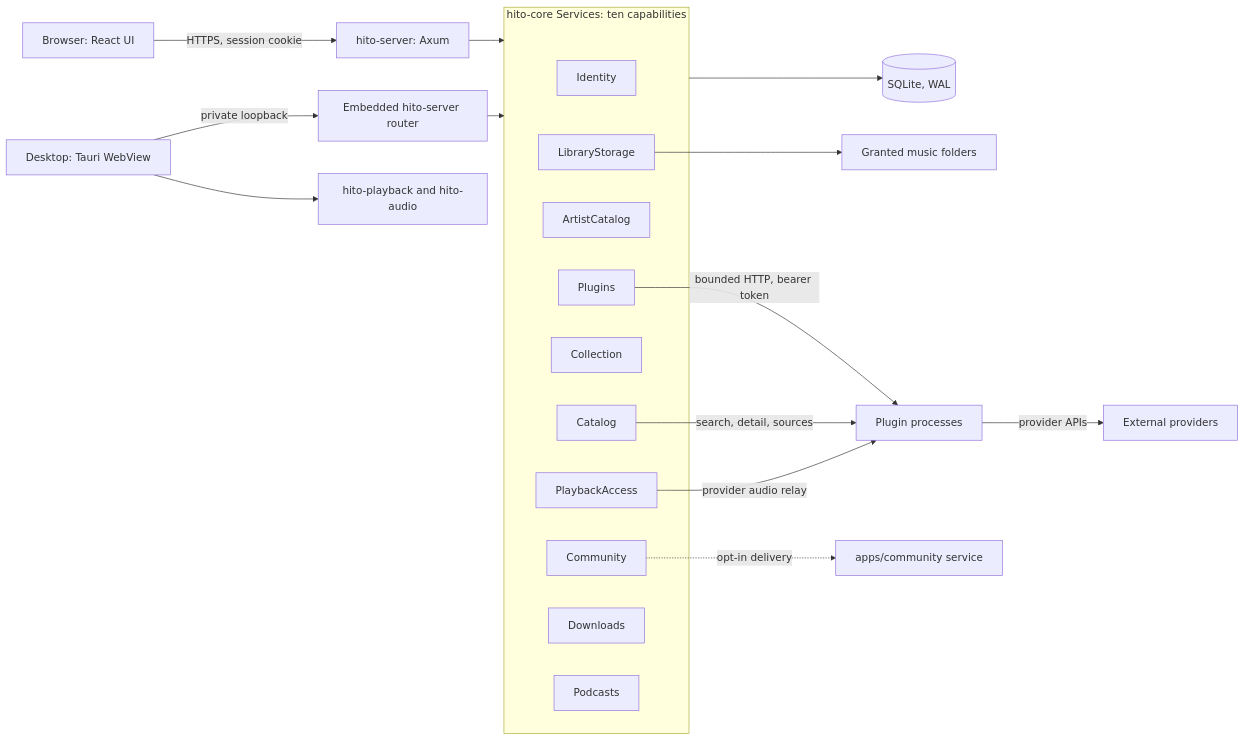
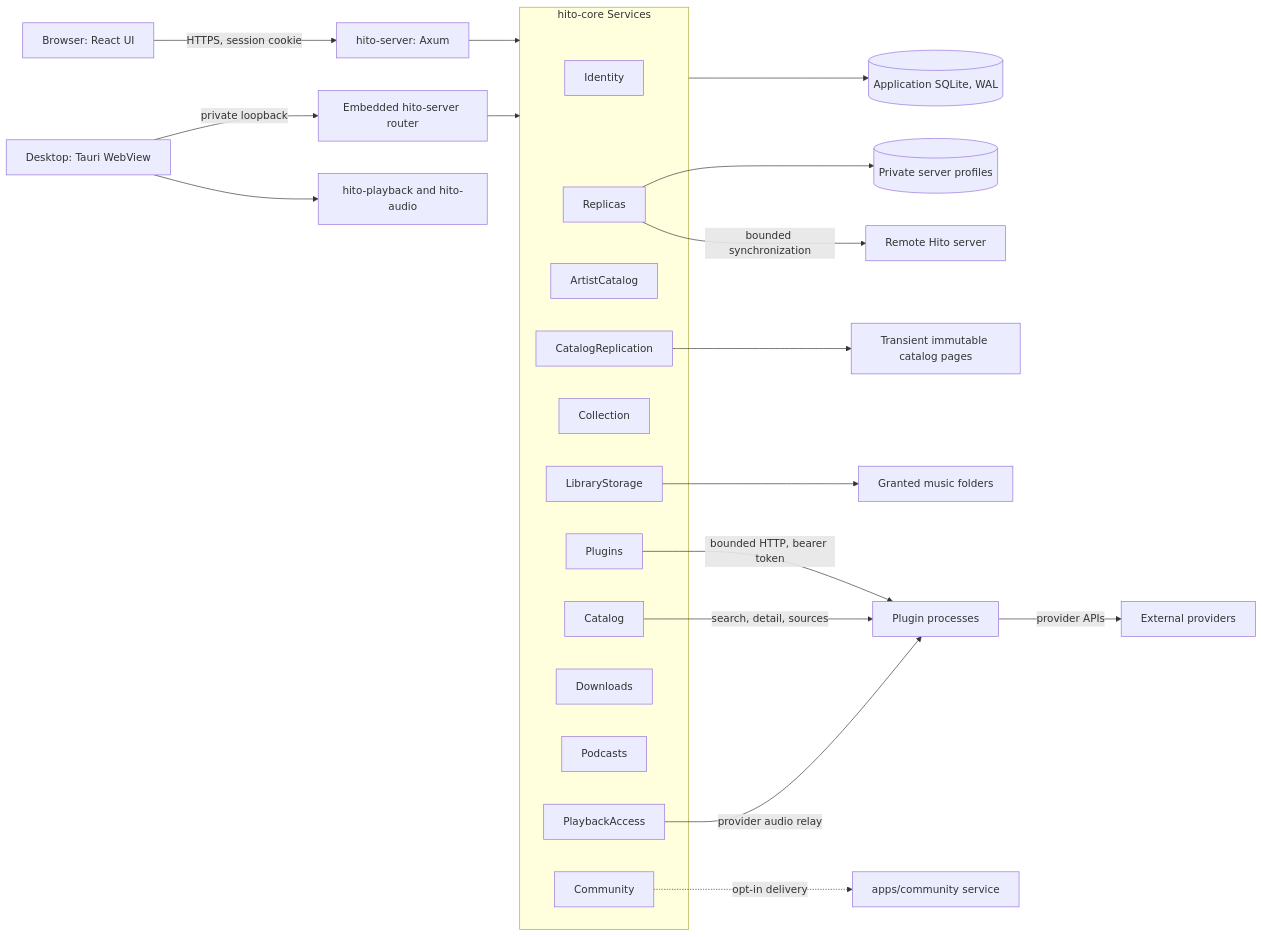
Before and after one commit to acidiney/hitoapp: the second of 12 diagrams in docs/architecture.md, drawn with Mermaid. The commit also changed other lines of this file and 5 other files, not shown here.

````diff
--- a/docs/architecture.md
+++ b/docs/architecture.md
@@ -95,27 +95,32 @@
 ```mermaid
 flowchart LR
   Browser[Browser: React UI] -->|HTTPS, session cookie| Server[hito-server: Axum]
   Desktop[Desktop: Tauri WebView] -->|private loopback| Embedded[Embedded hito-server router]
   Desktop --> Native[hito-playback and hito-audio]
   Server --> Core
   Embedded --> Core
-  subgraph Core[hito-core Services: ten capabilities]
+  subgraph Core[hito-core Services]
     Identity
     Catalog
     ArtistCatalog
     PlaybackAccess
     Collection
     Community
     LibraryStorage
     Plugins
     Downloads
     Podcasts
+    Replicas
+    CatalogReplication
   end
-  Core --> SQLite[(SQLite, WAL)]
+  Core --> SQLite[(Application SQLite, WAL)]
+  Replicas --> Profiles[(Private server profiles)]
+  Replicas -->|bounded synchronization| RemoteHito[Remote Hito server]
+  CatalogReplication --> Pages[Transient immutable catalog pages]
   LibraryStorage --> Files[Granted music folders]
   Plugins -->|bounded HTTP, bearer token| Plug[Plugin processes]
   Catalog -->|search, detail, sources| Plug
   PlaybackAccess -->|provider audio relay| Plug
   Plug -->|provider APIs| Ext[External providers]
   Community -. opt-in delivery .-> CommunityService[apps/community service]
 ```
````
